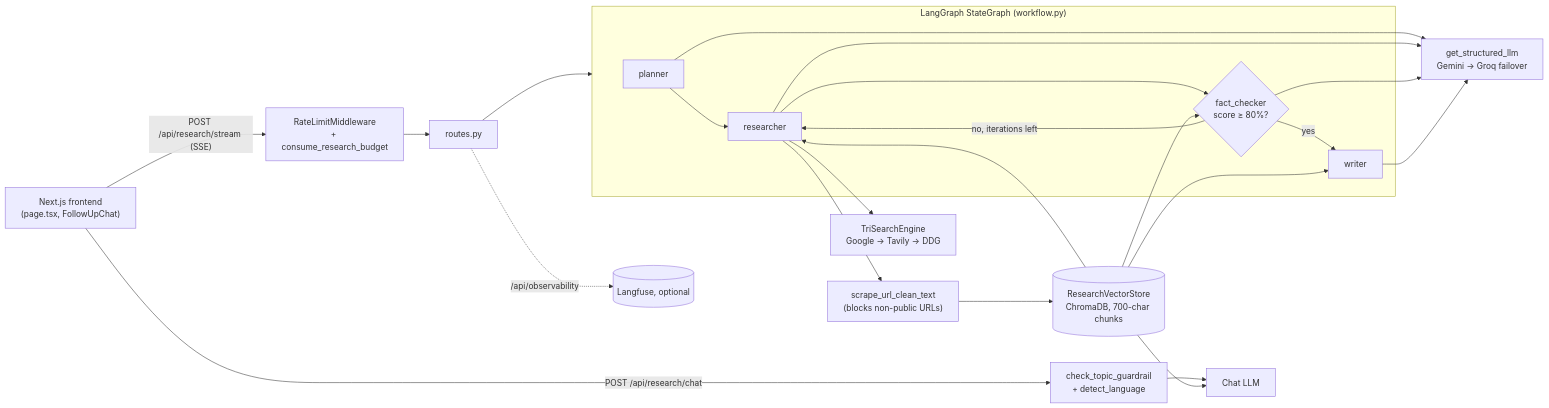
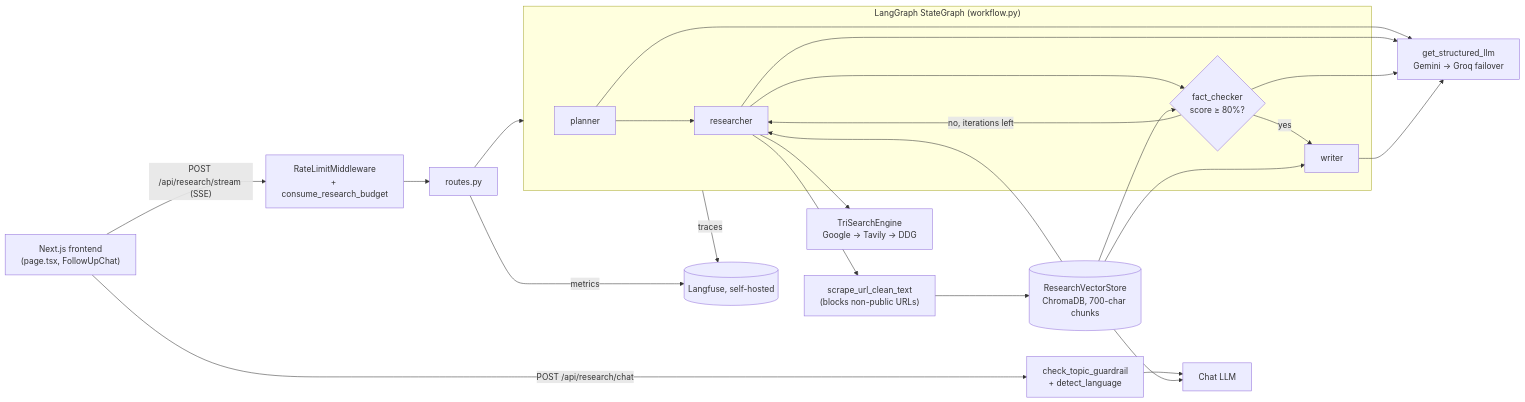
The diagram in README.md (alfandoo/rag-agentic-ai), drawn with Mermaid before and after one commit. The commit also changed other lines of this file, not shown here.

Commit message:
docs: describe Langfuse as self-hosted for local and production

````diff
--- a/README.md
+++ b/README.md
@@ -26,26 +26,27 @@
 ```mermaid
 flowchart LR
     UI["Next.js frontend<br/>(page.tsx, FollowUpChat)"] -->|"POST /api/research/stream (SSE)"| Mid["RateLimitMiddleware<br/>+ consume_research_budget"]
     UI -->|"POST /api/research/chat"| Guard["check_topic_guardrail<br/>+ detect_language"]
     Mid --> Routes["routes.py"]
     Routes --> Graph
     Guard --> Chat["Chat LLM"]
 
     subgraph Graph ["LangGraph StateGraph (workflow.py)"]
         Planner["planner"] --> Researcher["researcher"]
         Researcher --> FC{"fact_checker<br/>score ≥ 80%?"}
         FC -->|"no, iterations left"| Researcher
         FC -->|yes| Writer["writer"]
     end
 
     Researcher --> Search["TriSearchEngine<br/>Google → Tavily → DDG"]
     Researcher --> Scraper["scrape_url_clean_text<br/>(blocks non-public URLs)"]
     Scraper --> VS[("ResearchVectorStore<br/>ChromaDB, 700-char chunks")]
     VS --> Researcher
     VS --> FC
     VS --> Writer
     VS --> Chat
 
     Planner & Researcher & FC & Writer --> LLM["get_structured_llm<br/>Gemini → Groq failover"]
-    Routes -.->|"/api/observability"| Langfuse[("Langfuse, optional")]
+    Graph -->|traces| Langfuse[("Langfuse, self-hosted")]
+    Routes -->|metrics| Langfuse
 ```
````
